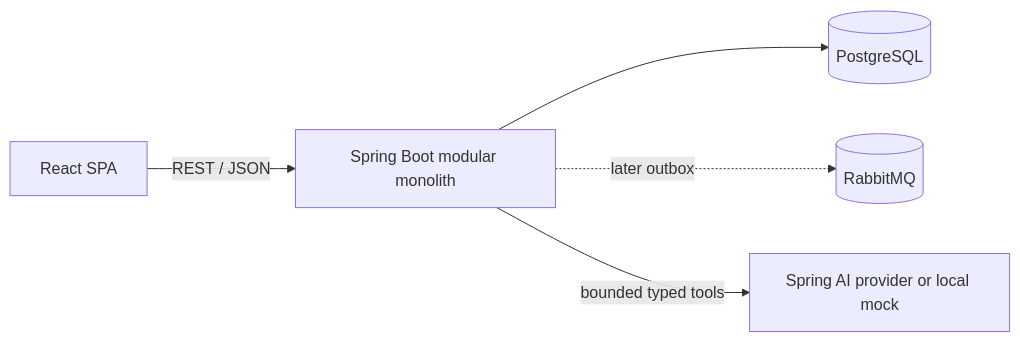
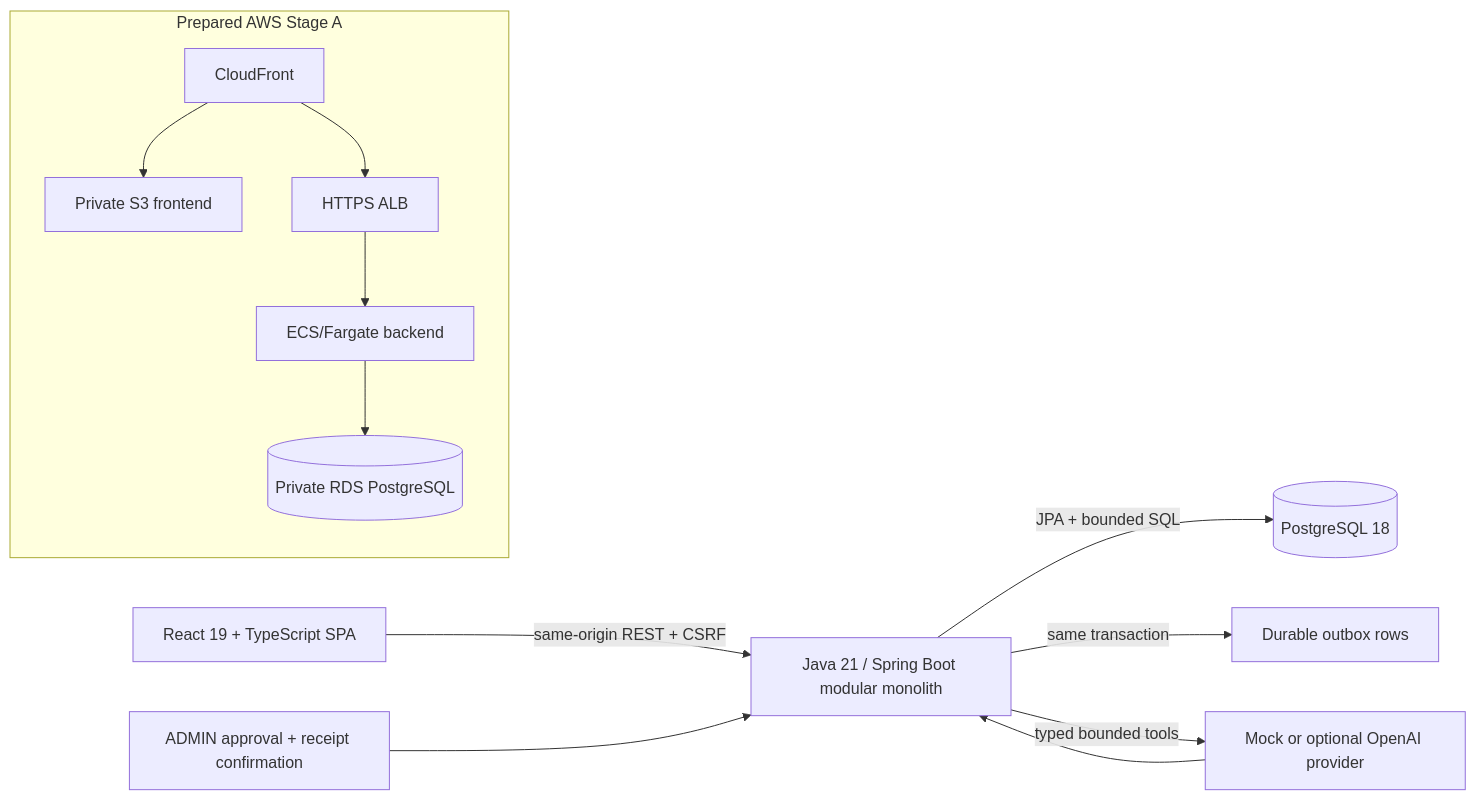
Before and after one commit to dzshirley/stockflow-ai: the diagram in README.md, drawn with Mermaid. The commit also changed other lines of this file and 123 other files, not shown here.

````diff
--- a/README.md
+++ b/README.md
@@ -35,7 +56,16 @@
 ```mermaid
 flowchart LR
-  Browser["React SPA"] -->|REST / JSON| API["Spring Boot modular monolith"]
-  API --> DB[(PostgreSQL)]
-  API -. later outbox .-> MQ[(RabbitMQ)]
-  API -->|bounded typed tools| Model["Spring AI provider or local mock"]
+    Browser["React 19 + TypeScript SPA"] -->|same-origin REST + CSRF| API["Java 21 / Spring Boot modular monolith"]
+    API -->|JPA + bounded SQL| DB[("PostgreSQL 18")]
+    API -->|same transaction| Outbox["Durable outbox rows"]
+    API -->|typed bounded tools| Provider["Mock or optional OpenAI provider"]
+    Provider --> API
+    Human["ADMIN approval + receipt confirmation"] --> API
+
+    subgraph Prepared AWS Stage A
+      CF["CloudFront"] --> S3["Private S3 frontend"]
+      CF --> ALB["HTTPS ALB"]
+      ALB --> ECS["ECS/Fargate backend"]
+      ECS --> RDS[("Private RDS PostgreSQL")]
+    end
 ```
````
